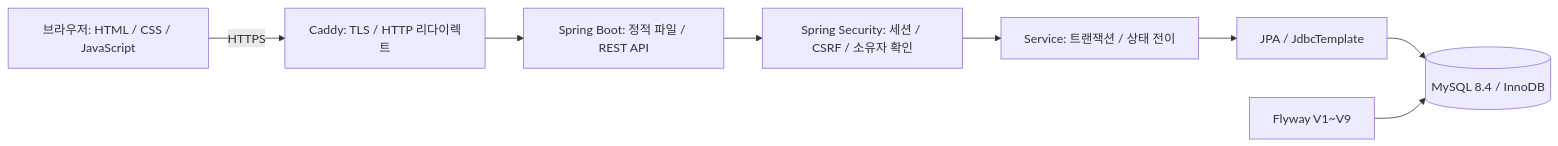
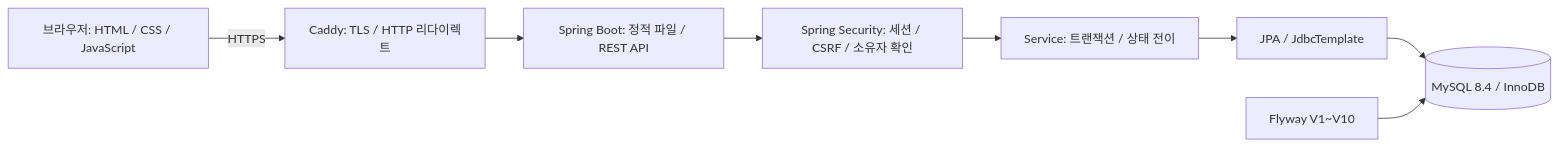
One commit to zeroziba9-hash/order-stock-service changed the first of 2 diagrams in docs/portfolio.md. Above: the diagram before and after it, drawn with Mermaid. The commit also changed other lines of this file and 34 other files, not shown here.

````diff
--- a/docs/portfolio.md
+++ b/docs/portfolio.md
@@ -15,10 +15,10 @@
 ```mermaid
 flowchart LR
     Browser["브라우저: HTML / CSS / JavaScript"] -->|HTTPS| Caddy["Caddy: TLS / HTTP 리다이렉트"]
     Caddy --> App["Spring Boot: 정적 파일 / REST API"]
     App --> Security["Spring Security: 세션 / CSRF / 소유자 확인"]
     Security --> Service["Service: 트랜잭션 / 상태 전이"]
     Service --> Repository["JPA / JdbcTemplate"]
     Repository --> DB[("MySQL 8.4 / InnoDB")]
-    Flyway["Flyway V1~V9"] --> DB
+    Flyway["Flyway V1~V10"] --> DB
 ```
````
